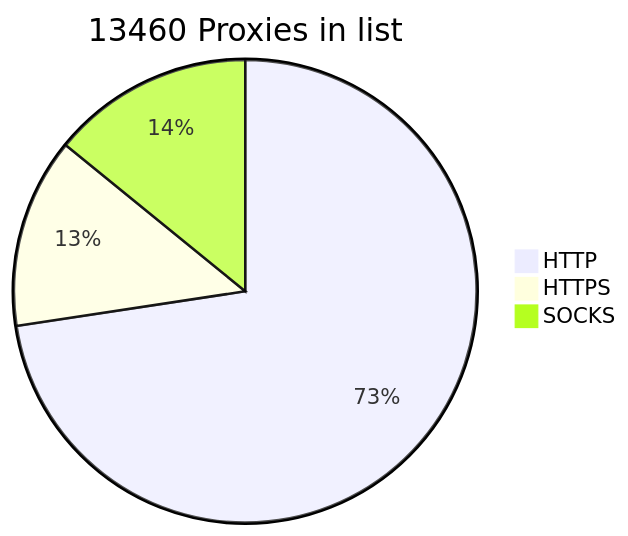
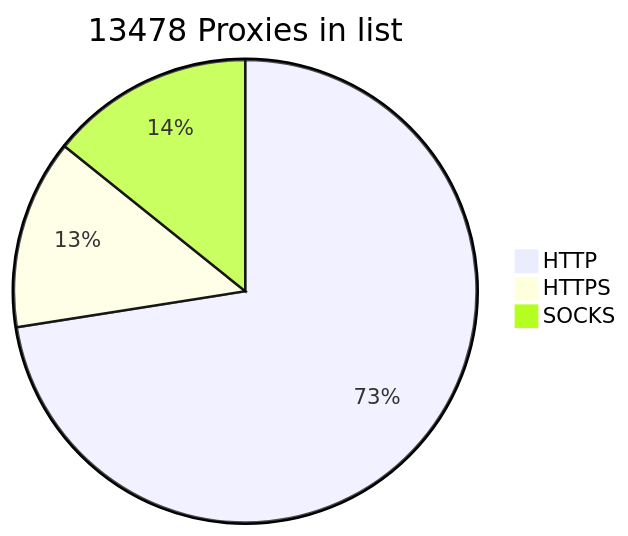
The diagram in README.md (BlackSnowDot/proxylist-update-every-minute), drawn with Mermaid before and after one commit.

````diff
--- a/README.md
+++ b/README.md
@@ -2,6 +2,6 @@
 ```mermaid
-pie title 13460 Proxies in list
+pie title 13478 Proxies in list
     "HTTP" : 10292
     "HTTPS": 1881
-    "SOCKS" : 2002
+    "SOCKS" : 2020
 ```
````
